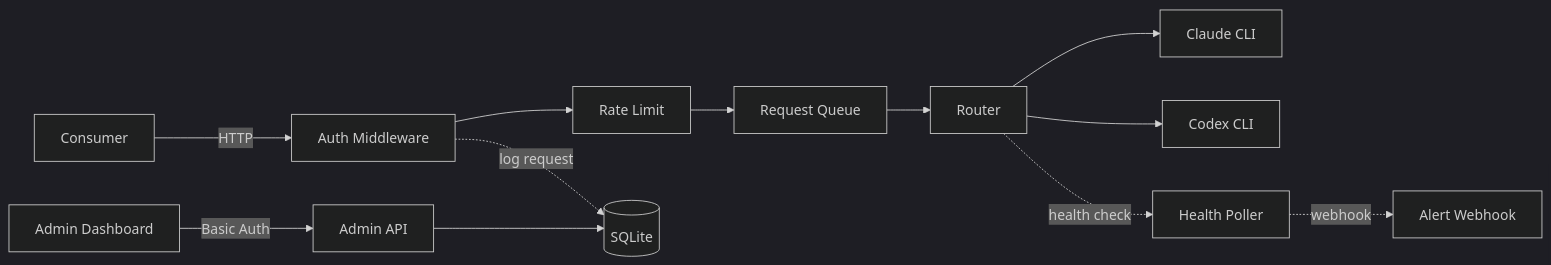
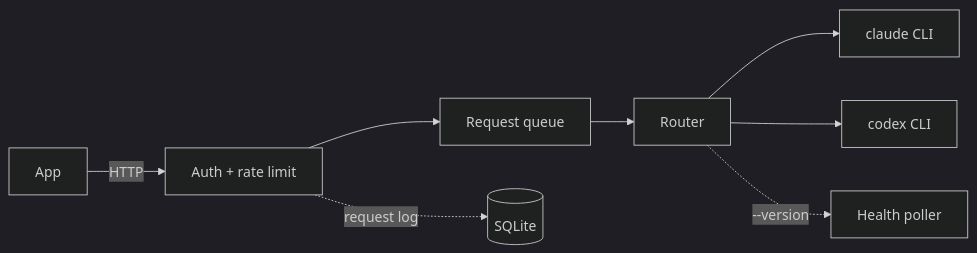
The diagram in README.md (rodacato/SheLLM), drawn with Mermaid (dark theme) before and after one commit. The commit also changed other lines of this file, not shown here.

````diff
--- a/README.md
+++ b/README.md
@@ -157,15 +136,10 @@
 ```mermaid
 graph LR
-    Consumer -->|HTTP| Auth[Auth Middleware]
-    Auth --> RateLimit[Rate Limit]
-    RateLimit --> Queue[Request Queue]
+    App -->|HTTP| Auth[Auth + rate limit]
+    Auth --> Queue[Request queue]
     Queue --> Router
-    Router --> Claude[Claude CLI]
-    Router --> Codex[Codex CLI]
-    Router -.->|health check| Health[Health Poller]
-
-    Admin[Admin Dashboard] -->|Basic Auth| AdminAPI[Admin API]
-    AdminAPI --> SQLite[(SQLite)]
-    Auth -.->|log request| SQLite
-    Health -.->|webhook| Alert[Alert Webhook]
+    Router --> Claude[claude CLI]
+    Router --> Codex[codex CLI]
+    Router -.->|--version| Health[Health poller]
+    Auth -.->|request log| SQLite[(SQLite)]
 ```
````
